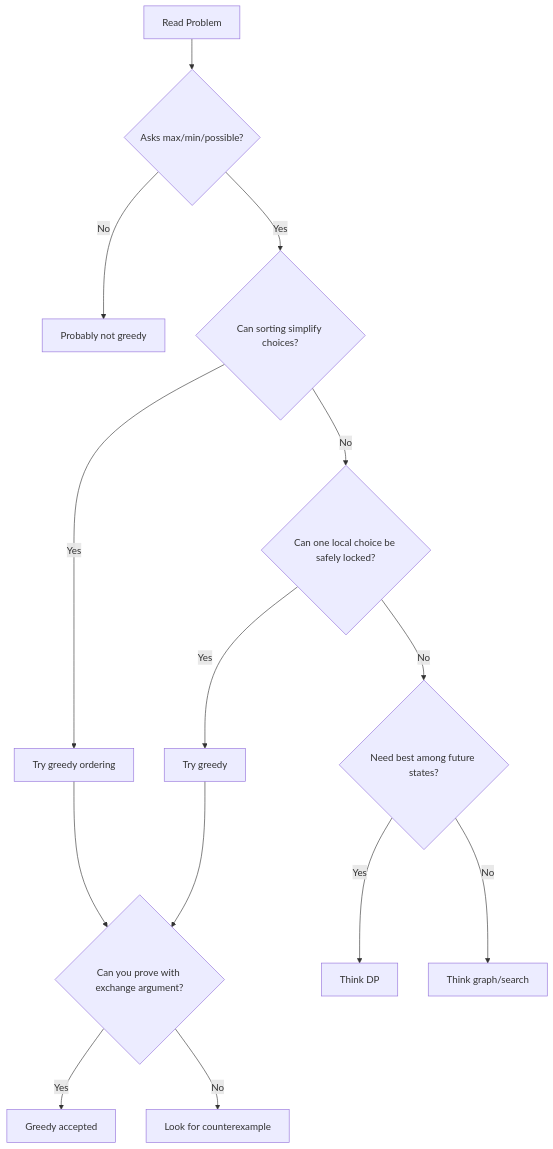
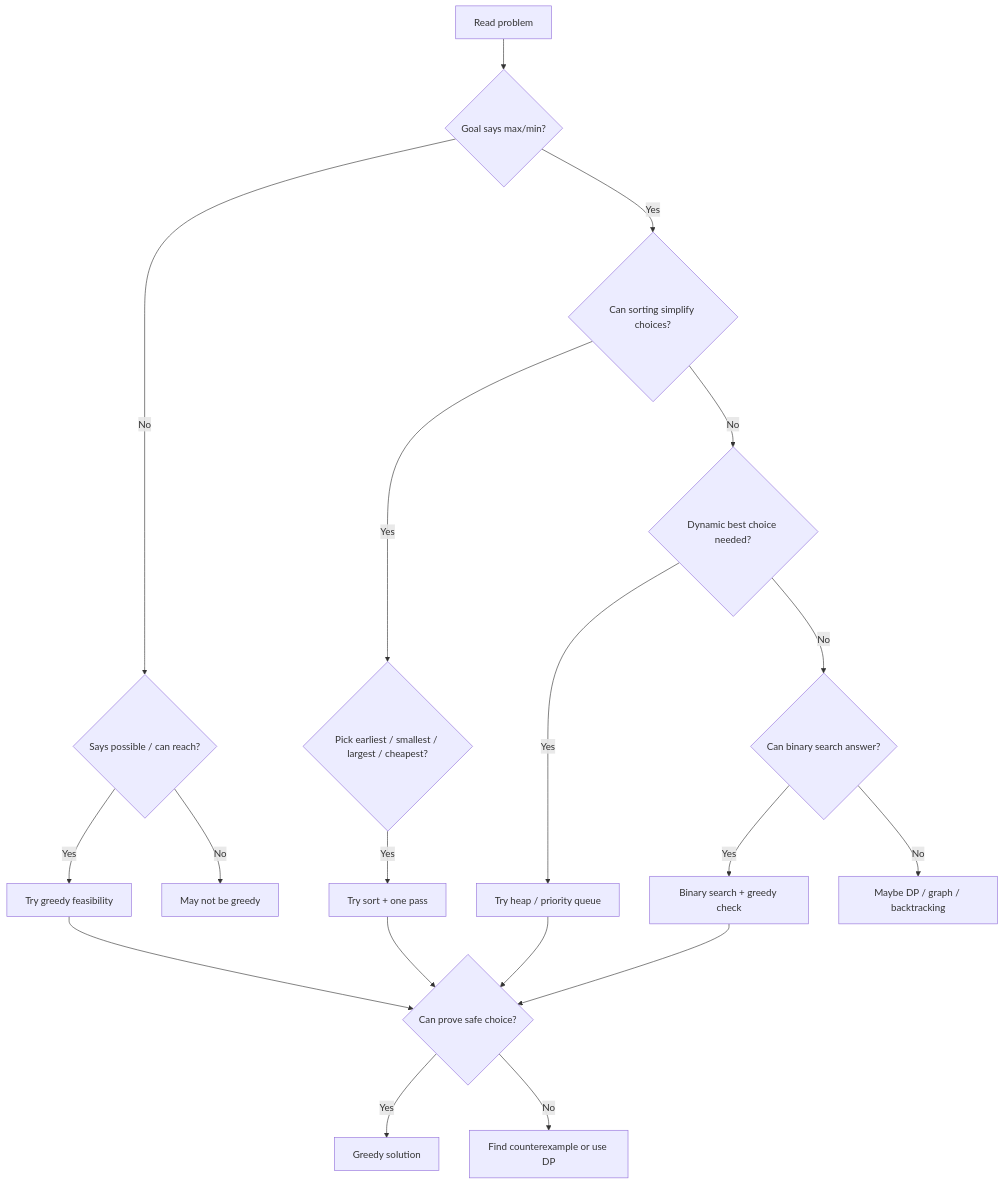
One commit to mthaiseer/springcloud-systemdesign-notes changed the second of 23 diagrams in CP_DSA_NOTES/TOPIC_WISE/greedy_patterns_visual_reference.md. Above: the diagram before and after it, drawn with Mermaid. The commit also changed other lines of this file, not shown here.

````diff
--- a/CP_DSA_NOTES/TOPIC_WISE/greedy_patterns_visual_reference.md
+++ b/CP_DSA_NOTES/TOPIC_WISE/greedy_patterns_visual_reference.md
@@ -60,16 +70,21 @@
 ```mermaid
 flowchart TD
-    A[Read Problem] --> B{Asks max/min/possible?}
-    B -- No --> X[Probably not greedy]
-    B -- Yes --> C{Can sorting simplify choices?}
-    C -- Yes --> D[Try greedy ordering]
-    C -- No --> E{Can one local choice be safely locked?}
-    E -- Yes --> F[Try greedy]
-    E -- No --> G{Need best among future states?}
-    G -- Yes --> H[Think DP]
-    G -- No --> I[Think graph/search]
-    D --> J{Can you prove with exchange argument?}
-    F --> J
-    J -- Yes --> K[Greedy accepted]
-    J -- No --> L[Look for counterexample]
+    A[Read problem] --> B{Goal says max/min?}
+    B -->|No| C{Says possible / can reach?}
+    B -->|Yes| D{Can sorting simplify choices?}
+    C -->|Yes| E[Try greedy feasibility]
+    C -->|No| F[May not be greedy]
+    D -->|Yes| G{Pick earliest / smallest / largest / cheapest?}
+    D -->|No| H{Dynamic best choice needed?}
+    G -->|Yes| I[Try sort + one pass]
+    H -->|Yes| J[Try heap / priority queue]
+    H -->|No| K{Can binary search answer?}
+    K -->|Yes| L[Binary search + greedy check]
+    K -->|No| M[Maybe DP / graph / backtracking]
+    I --> N{Can prove safe choice?}
+    J --> N
+    L --> N
+    E --> N
+    N -->|Yes| O[Greedy solution]
+    N -->|No| P[Find counterexample or use DP]
 ```
````
